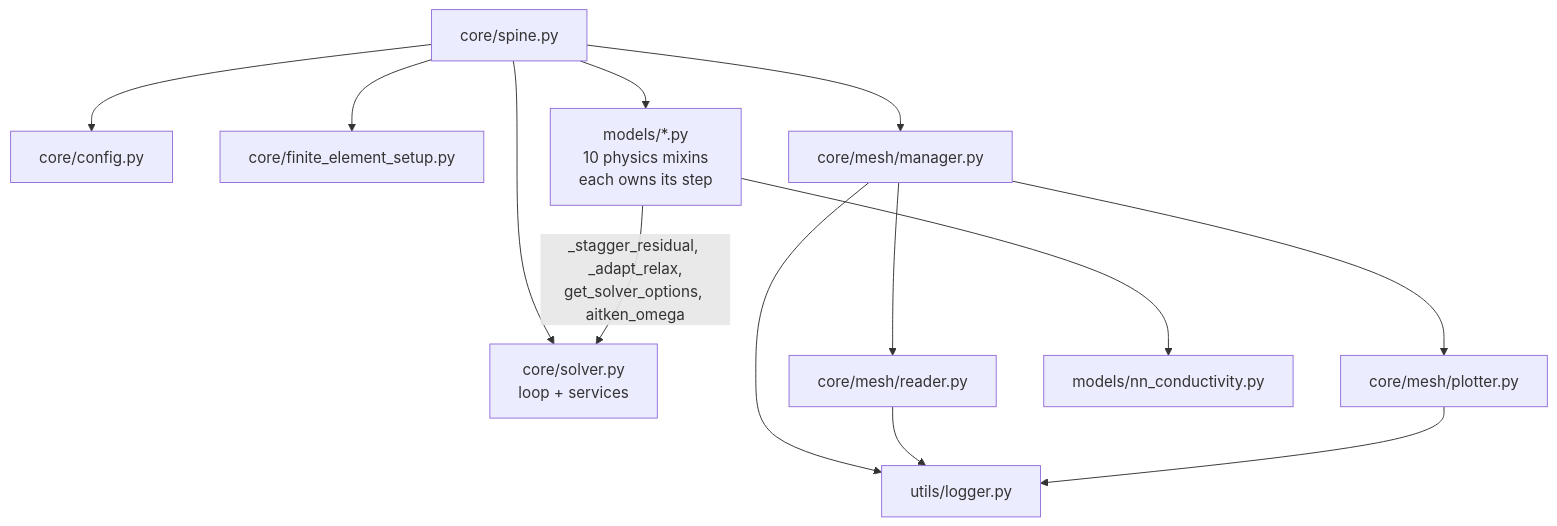
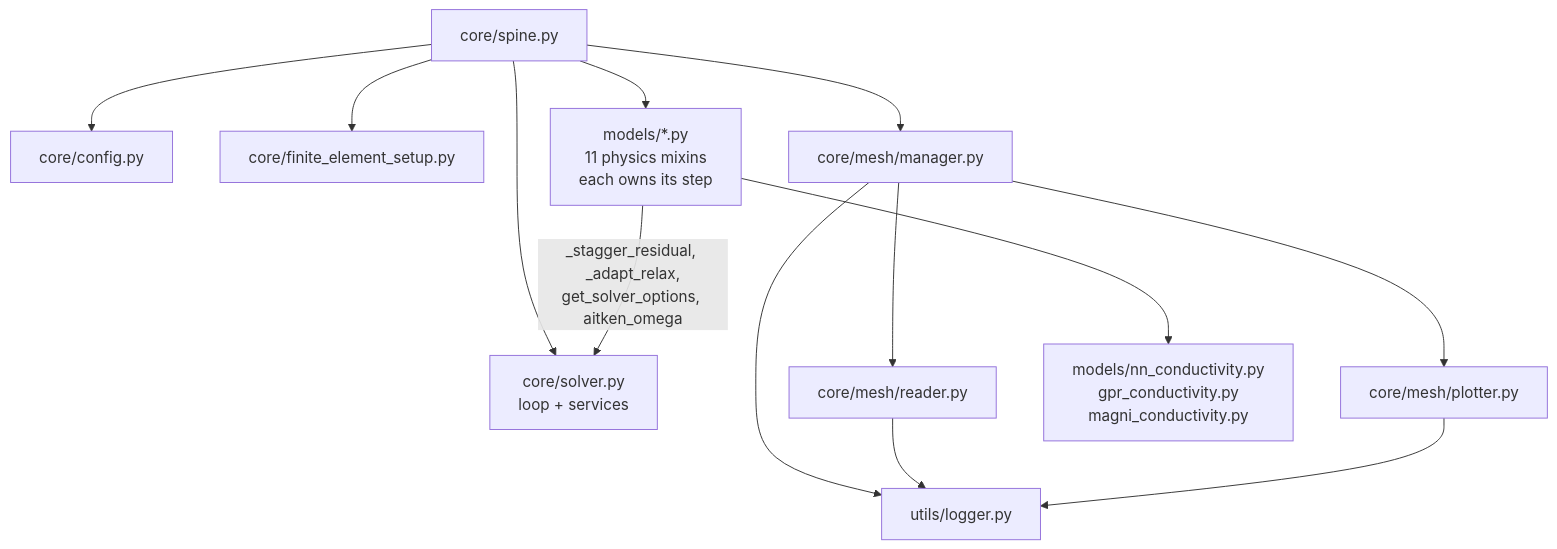
Before and after one commit to giozu/z3st: the second of 2 diagrams in docs/source/architecture.md, drawn with Mermaid. The commit also changed other lines of this file and 33 other files, not shown here.

````diff
--- a/docs/source/architecture.md
+++ b/docs/source/architecture.md
@@ -152,15 +183,15 @@
 ```mermaid
 flowchart TD
   spine[core/spine.py] --> config[core/config.py]
   spine --> fes[core/finite_element_setup.py]
   spine --> solver["core/solver.py<br/>loop + services"]
   spine --> manager[core/mesh/manager.py]
-  spine --> models["models/*.py<br/>10 physics mixins<br/>each owns its step"]
+  spine --> models["models/*.py<br/>11 physics mixins<br/>each owns its step"]
   manager --> reader[core/mesh/reader.py]
   manager --> plotter[core/mesh/plotter.py]
   manager --> logger[utils/logger.py]
   reader --> logger
   plotter --> logger
   models -->|"_stagger_residual, _adapt_relax,<br/>get_solver_options, aitken_omega"| solver
-  models --> nn[models/nn_conductivity.py]
+  models --> nn["models/nn_conductivity.py<br/>gpr_conductivity.py<br/>magni_conductivity.py"]
 ```
````
